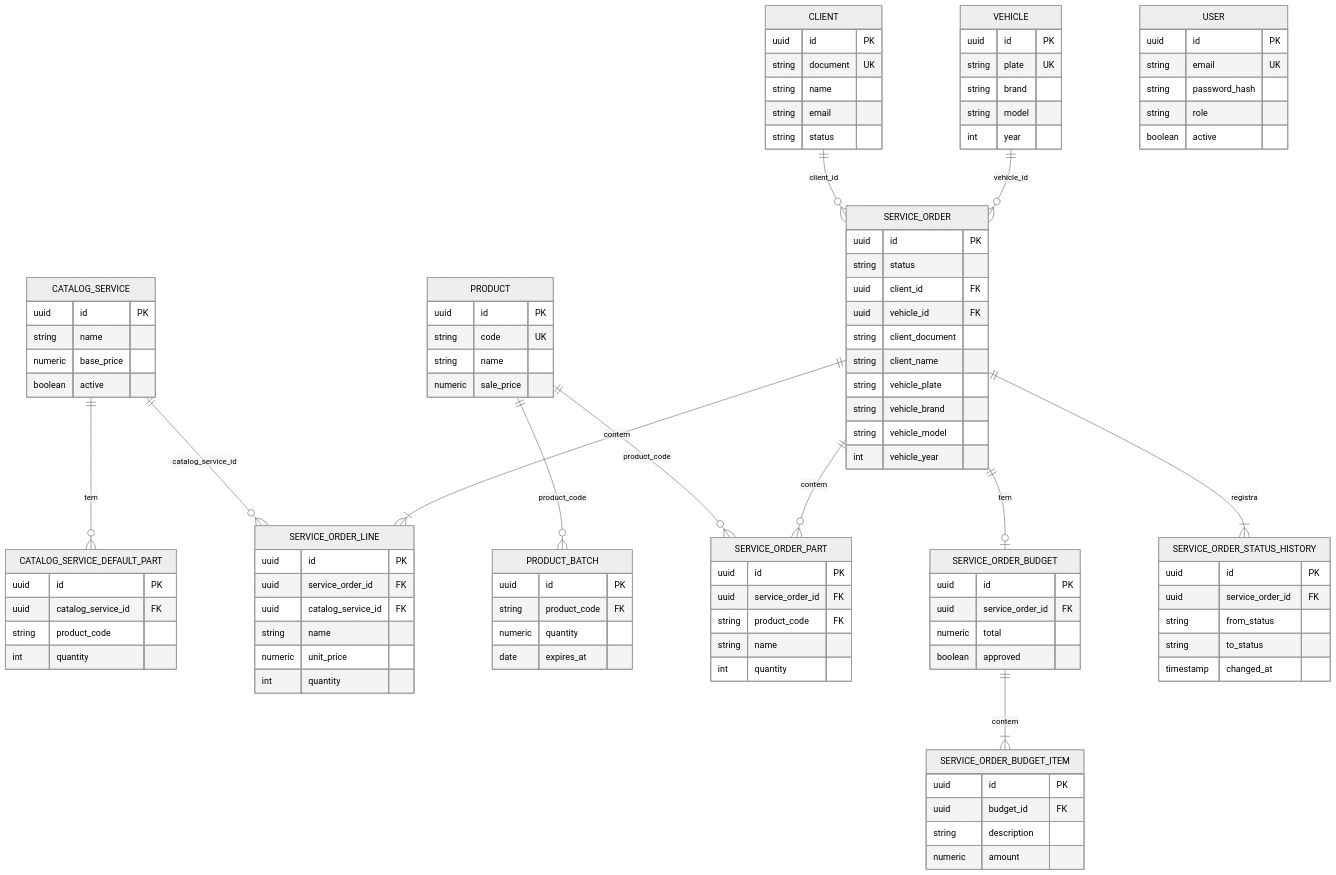
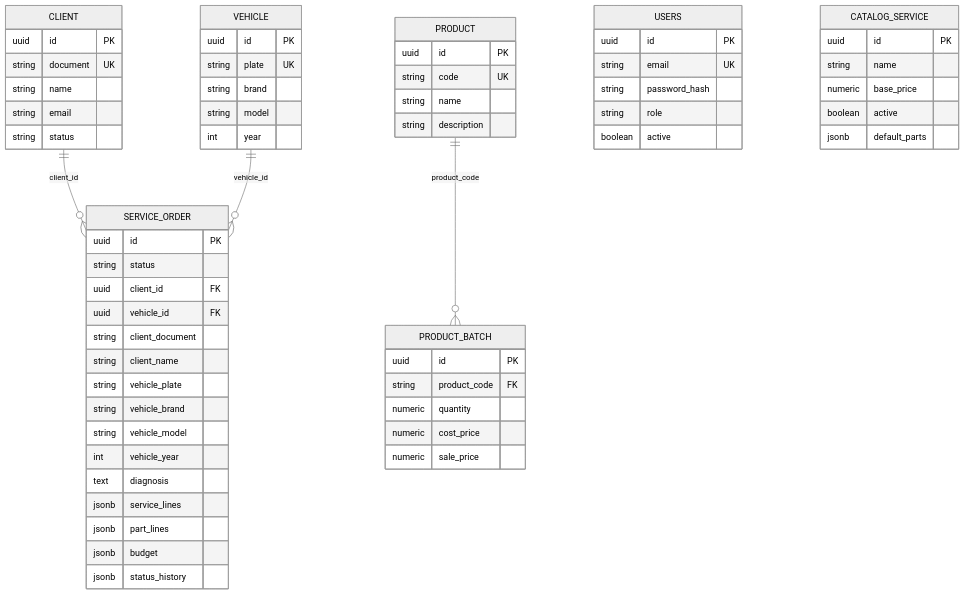
Before and after one commit to tech-challenge-pos-fiap-debora/app: the diagram in docs/modelo-de-dados.md, drawn with Mermaid (neutral theme). The commit also changed other lines of this file and 6 other files, not shown here.

````diff
--- a/docs/modelo-de-dados.md
+++ b/docs/modelo-de-dados.md
@@ -14,17 +26,9 @@
 erDiagram
     CLIENT ||--o{ SERVICE_ORDER : "client_id"
     VEHICLE ||--o{ SERVICE_ORDER : "vehicle_id"
-    CATALOG_SERVICE ||--o{ CATALOG_SERVICE_DEFAULT_PART : "tem"
-    CATALOG_SERVICE ||--o{ SERVICE_ORDER_LINE : "catalog_service_id"
     PRODUCT ||--o{ PRODUCT_BATCH : "product_code"
-    PRODUCT ||--o{ SERVICE_ORDER_PART : "product_code"
-    SERVICE_ORDER ||--|{ SERVICE_ORDER_LINE : "contem"
-    SERVICE_ORDER ||--o{ SERVICE_ORDER_PART : "contem"
-    SERVICE_ORDER ||--o| SERVICE_ORDER_BUDGET : "tem"
-    SERVICE_ORDER ||--|{ SERVICE_ORDER_STATUS_HISTORY : "registra"
-    SERVICE_ORDER_BUDGET ||--|{ SERVICE_ORDER_BUDGET_ITEM : "contem"
 
-    USER {
+    USERS {
         uuid id PK
         string email UK
         string password_hash
@@ -52,14 +56,15 @@
         uuid id PK
         string code UK
         string name
-        numeric sale_price
+        string description
     }
 
     PRODUCT_BATCH {
         uuid id PK
         string product_code FK
         numeric quantity
-        date expires_at
+        numeric cost_price
+        numeric sale_price
     }
 
     CATALOG_SERVICE {
@@ -67,6 +72,7 @@
         string name
         numeric base_price
         boolean active
+        jsonb default_parts
     }
 
     SERVICE_ORDER {
@@ -80,51 +86,10 @@
         string vehicle_brand
         string vehicle_model
         int vehicle_year
-    }
-
-    SERVICE_ORDER_LINE {
-        uuid id PK
-        uuid service_order_id FK
-        uuid catalog_service_id FK
-        string name
-        numeric unit_price
-        int quantity
-    }
-
-    SERVICE_ORDER_PART {
-        uuid id PK
-        uuid service_order_id FK
-        string product_code FK
-        string name
-        int quantity
-    }
-
-    SERVICE_ORDER_BUDGET {
-        uuid id PK
-        uuid service_order_id FK
-        numeric total
-        boolean approved
-    }
-
-    SERVICE_ORDER_BUDGET_ITEM {
-        uuid id PK
-        uuid budget_id FK
-        string description
-        numeric amount
-    }
-
-    SERVICE_ORDER_STATUS_HISTORY {
-        uuid id PK
-        uuid service_order_id FK
-        string from_status
-        string to_status
-        timestamp changed_at
-    }
-
-    CATALOG_SERVICE_DEFAULT_PART {
-        uuid id PK
-        uuid catalog_service_id FK
-        string product_code
-        int quantity
+        text diagnosis
+        jsonb service_lines
+        jsonb part_lines
+        jsonb budget
+        jsonb status_history
     }
 ```
````
